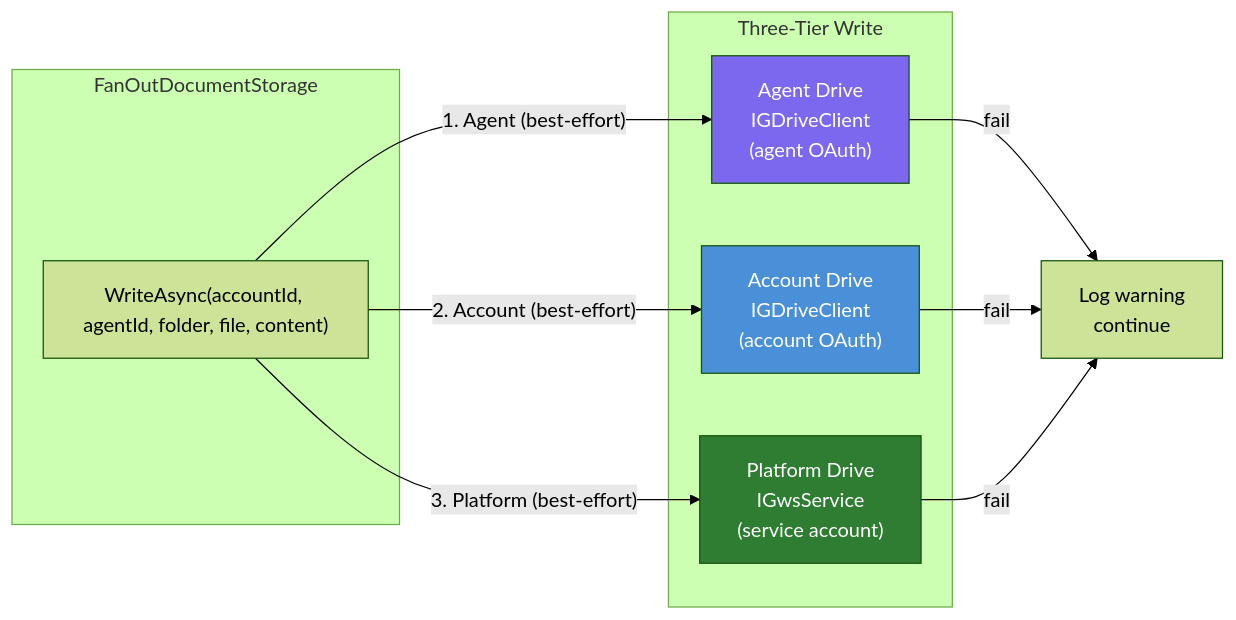
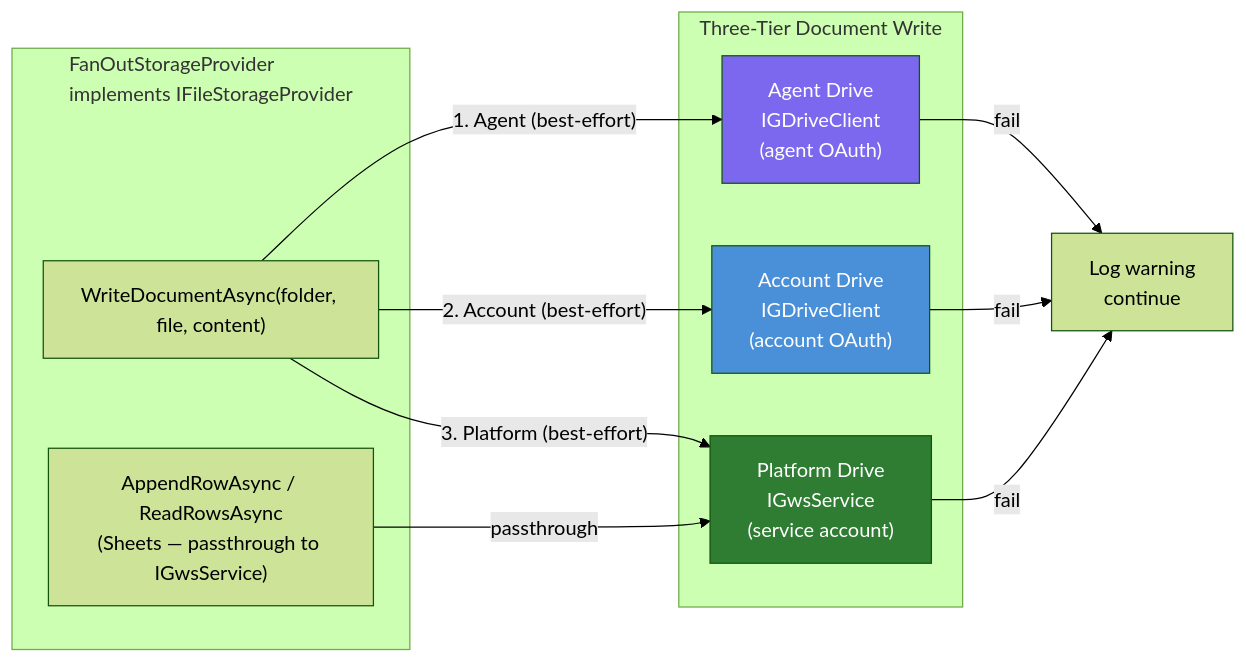
One commit to edward-rosado/jenisesells-website changed the fifth of 6 diagrams in docs/superpowers/specs/2026-03-23-google-api-clients-token-persistence-design.md. Above: the diagram before and after it, drawn with Mermaid (forest theme). The commit also changed other lines of this file, not shown here.

Commit message:
docs: simplify fan-out — reuse IFileStorageProvider, no new interface

````diff
--- a/docs/superpowers/specs/2026-03-23-google-api-clients-token-persistence-design.md
+++ b/docs/superpowers/specs/2026-03-23-google-api-clients-token-persistence-design.md
@@ -303,24 +303,26 @@
 ```mermaid
 flowchart LR
-    subgraph Writer["FanOutDocumentStorage"]
-        W["WriteAsync(accountId, agentId, folder, file, content)"]
+    subgraph Writer["FanOutStorageProvider\nimplements IFileStorageProvider"]
+        W["WriteDocumentAsync(folder, file, content)"]
+        S["AppendRowAsync / ReadRowsAsync\n(Sheets — passthrough to IGwsService)"]
     end
 
-    subgraph Targets["Three-Tier Write"]
+    subgraph Targets["Three-Tier Document Write"]
         A["Agent Drive\nIGDriveClient\n(agent OAuth)"]
         B["Account Drive\nIGDriveClient\n(account OAuth)"]
         C["Platform Drive\nIGwsService\n(service account)"]
     end
 
     W -->|"1. Agent (best-effort)"| A
     W -->|"2. Account (best-effort)"| B
     W -->|"3. Platform (best-effort)"| C
+    S -->|"passthrough"| C
 
     A -->|fail| LOG["Log warning\ncontinue"]
     B -->|fail| LOG
     C -->|fail| LOG
 
     style A fill:#7B68EE,color:#fff
     style B fill:#4A90D9,color:#fff
     style C fill:#2E7D32,color:#fff
 ```
````
